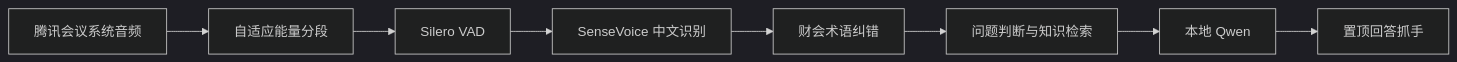
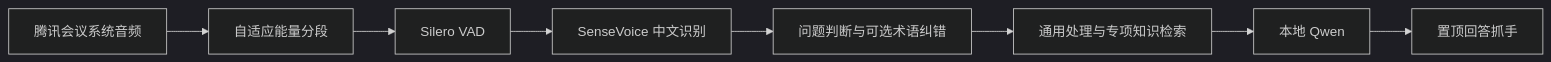
One commit to buluoai6-eng/tencent-meeting-online-interview-assistant changed the diagram in README.md. Above: the diagram before and after it, drawn with Mermaid (dark theme). The commit also changed other lines of this file and 8 other files, not shown here.

````diff
--- a/README.md
+++ b/README.md
@@ -26,10 +26,10 @@
 ```mermaid
 flowchart LR
     A["腾讯会议系统音频"] --> B["自适应能量分段"]
     B --> C["Silero VAD"]
     C --> D["SenseVoice 中文识别"]
-    D --> E["财会术语纠错"]
-    E --> F["问题判断与知识检索"]
+    D --> E["问题判断与可选术语纠错"]
+    E --> F["通用处理与专项知识检索"]
     F --> G["本地 Qwen"]
     G --> H["置顶回答抓手"]
 ```
````
